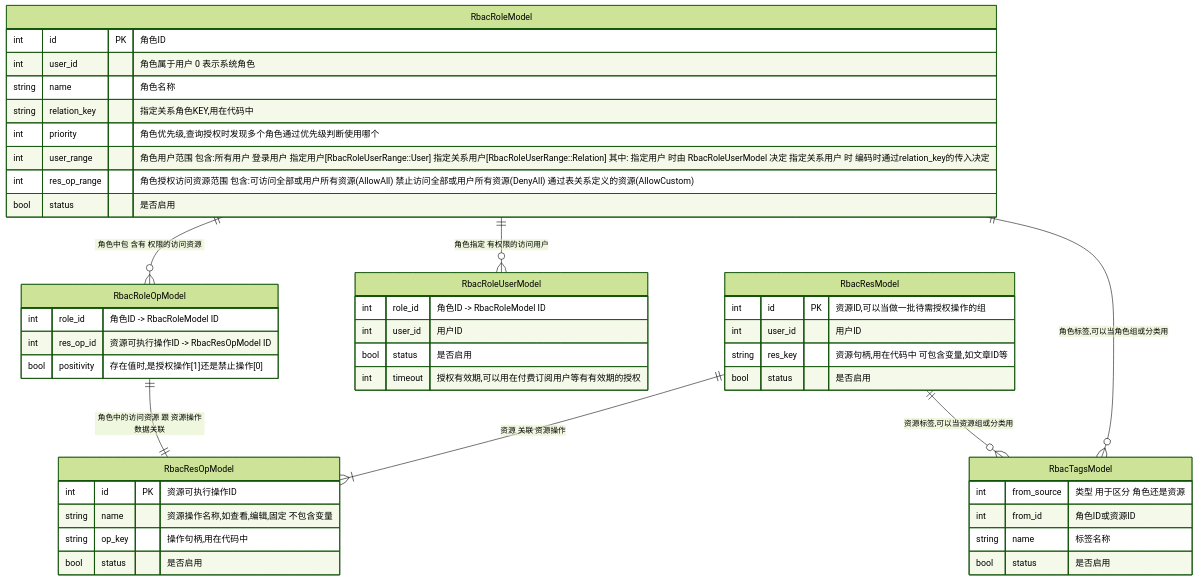
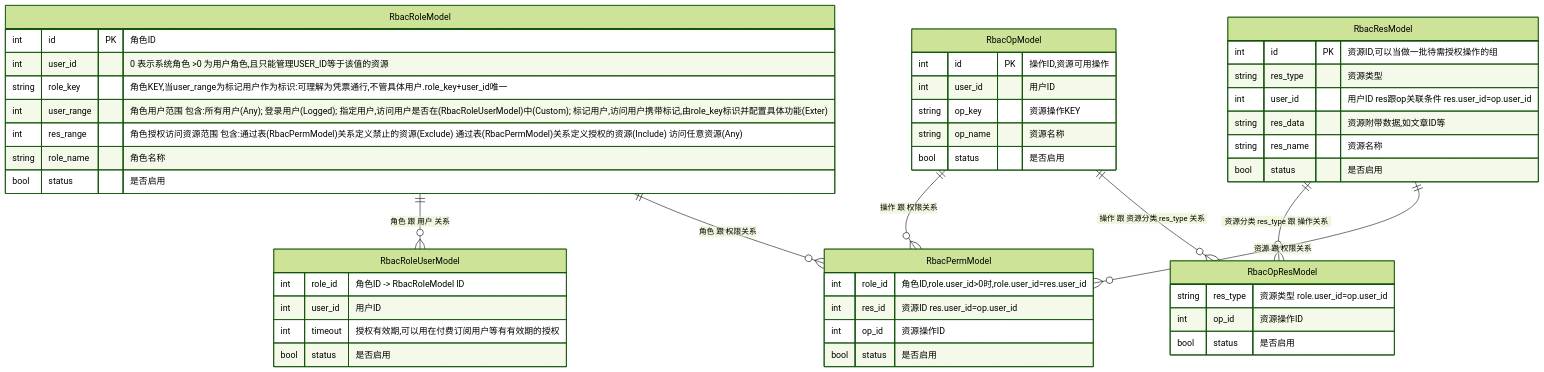
Before and after one commit to shanliu/lsys: the first of 2 diagrams in server/lsys-rbac/README.md, drawn with Mermaid (forest theme). The commit also changed other lines of this file and 612 other files, not shown here.

````diff
--- a/server/lsys-rbac/README.md
+++ b/server/lsys-rbac/README.md
@@ -360,48 +46,50 @@
 ```mermaid
 erDiagram
-    RbacResModel ||--|{ RbacResOpModel : "资源 关联 资源操作"
+    RbacRoleModel{
+        int id PK "角色ID"
+        int user_id "0 表示系统角色 >0 为用户角色,且只能管理USER_ID等于该值的资源"
+        string role_key "角色KEY,当user_range为标记用户作为标识:可理解为凭票通行,不管具体用户.role_key+user_id唯一"
+        int user_range "角色用户范围 包含:所有用户(Any); 登录用户(Logged); 指定用户,访问用户是否在(RbacRoleUserModel)中(Custom); 标记用户,访问用户携带标记,由role_key标识并配置具体功能(Exter)"
+        int res_range "角色授权访问资源范围 包含:通过表(RbacPermModel)关系定义禁止的资源(Exclude) 通过表(RbacPermModel)关系定义授权的资源(Include) 访问任意资源(Any)"
+        string role_name "角色名称"
+        bool status "是否启用"
+    }
     RbacResModel{
         int id PK "资源ID,可以当做一批待需授权操作的组"
-        int user_id "用户ID"
-        string res_key "资源句柄,用在代码中 可包含变量,如文章ID等"
+        string res_type "资源类型"
+        int user_id "用户ID res跟op关联条件 res.user_id=op.user_id"
+        string res_data "资源附带数据,如文章ID等"
+        string res_name "资源名称"
         bool status "是否启用"
     }
-    RbacResOpModel{
-        int id PK "资源可执行操作ID"
-        string name "资源操作名称,如查看,编辑,固定 不包含变量"
-        string op_key "操作句柄,用在代码中"
+    RbacOpModel{
+        int id PK "操作ID,资源可用操作"
+        int user_id "用户ID"
+        string op_key "资源操作KEY"
+        string op_name "资源名称"
         bool status "是否启用"
     }
-    RbacRoleModel ||--o{ RbacRoleUserModel : "角色指定 有权限的访问用户"
-    RbacRoleModel ||--o{ RbacRoleOpModel : "角色中包 含有 权限的访问资源"
-    RbacRoleOpModel ||--|| RbacResOpModel : "角色中的访问资源 跟 资源操作数据关联"
-    RbacRoleModel{
-        int id PK "角色ID"
-        int user_id "角色属于用户 0 表示系统角色"
-        string name "角色名称"
-        string relation_key "指定关系角色KEY,用在代码中"
-        int priority "角色优先级,查询授权时发现多个角色通过优先级判断使用哪个"
-        int user_range "角色用户范围 包含:所有用户 登录用户 指定用户[RbacRoleUserRange::User] 指定关系用户[RbacRoleUserRange::Relation] 其中: 指定用户 时由 RbacRoleUserModel 决定 指定关系用户 时 编码时通过relation_key的传入决定"
-        int res_op_range "角色授权访问资源范围 包含:可访问全部或用户所有资源(AllowAll) 禁止访问全部或用户所有资源(DenyAll) 通过表关系定义的资源(AllowCustom)"
+    RbacOpResModel{
+        string res_type "资源类型 role.user_id=op.user_id"
+        int op_id "资源操作ID"
         bool status "是否启用"
     }
-    RbacRoleOpModel{
-        int role_id "角色ID -> RbacRoleModel ID"
-        int res_op_id "资源可执行操作ID -> RbacResOpModel ID"
-        bool positivity "存在值时,是授权操作[1]还是禁止操作[0]"
+    RbacPermModel{
+        int role_id "角色ID,role.user_id>0时,role.user_id=res.user_id"
+        int res_id "资源ID res.user_id=op.user_id"
+        int op_id "资源操作ID"
+        bool status "是否启用"
     }
     RbacRoleUserModel{
         int role_id "角色ID -> RbacRoleModel ID"
         int user_id "用户ID"
-        bool status "是否启用"
         int timeout "授权有效期,可以用在付费订阅用户等有有效期的授权"
-    }
-    RbacRoleModel ||--o{ RbacTagsModel :"角色标签,可以当角色组或分类用"
-    RbacResModel ||--o{ RbacTagsModel :"资源标签,可以当资源组或分类用"
-    RbacTagsModel{
-        int from_source "类型 用于区分 角色还是资源"
-        int from_id "角色ID或资源ID"
-        string name "标签名称"
         bool status "是否启用"
     }
+    RbacOpModel ||--o{ RbacOpResModel :"操作 跟 资源分类 res_type 关系"
+    RbacRoleModel ||--o{ RbacPermModel : "角色 跟 权限关系"
+    RbacResModel ||--o{ RbacPermModel : "资源 跟 权限关系"
+    RbacOpModel ||--o{ RbacPermModel : "操作 跟 权限关系"
+    RbacRoleModel ||--o{ RbacRoleUserModel : "角色 跟 用户 关系"
+    RbacResModel ||--o{ RbacOpResModel :"资源分类 res_type 跟 操作关系"
 ```
````
